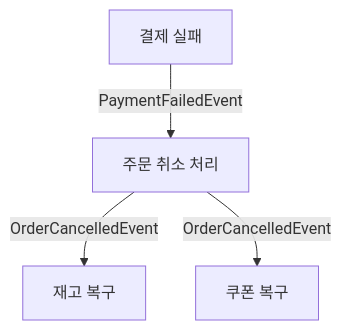
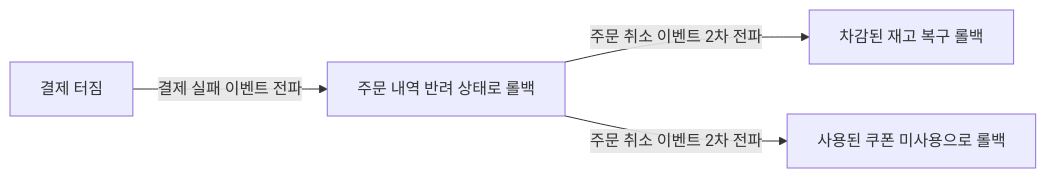
Before and after one commit to eatdu0918/dev_blog: the diagram in src/posts/msa-saga-pattern.md, drawn with Mermaid. The commit also changed other lines of this file and 24 other files, not shown here.

````diff
--- a/src/posts/msa-saga-pattern.md
+++ b/src/posts/msa-saga-pattern.md
@@ -65,6 +32,6 @@
 ```mermaid
-graph TD
-    Payment[결제 실패] -->|PaymentFailedEvent| Order[주문 취소 처리]
-    Order -->|OrderCancelledEvent| Product[재고 복구]
-    Order -->|OrderCancelledEvent| Discount[쿠폰 복구]
+graph LR
+    Payment[결제 터짐] -->|결제 실패 이벤트 전파| Order[주문 내역 반려 상태로 롤백]
+    Order -->|주문 취소 이벤트 2차 전파| Product[차감된 재고 복구 롤백]
+    Order -->|주문 취소 이벤트 2차 전파| Discount[사용된 쿠폰 미사용으로 롤백]
 ```
````
